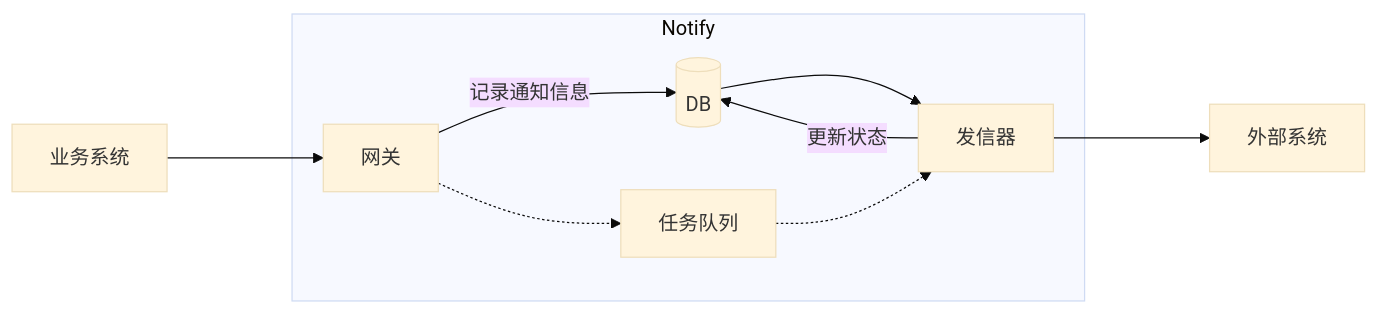
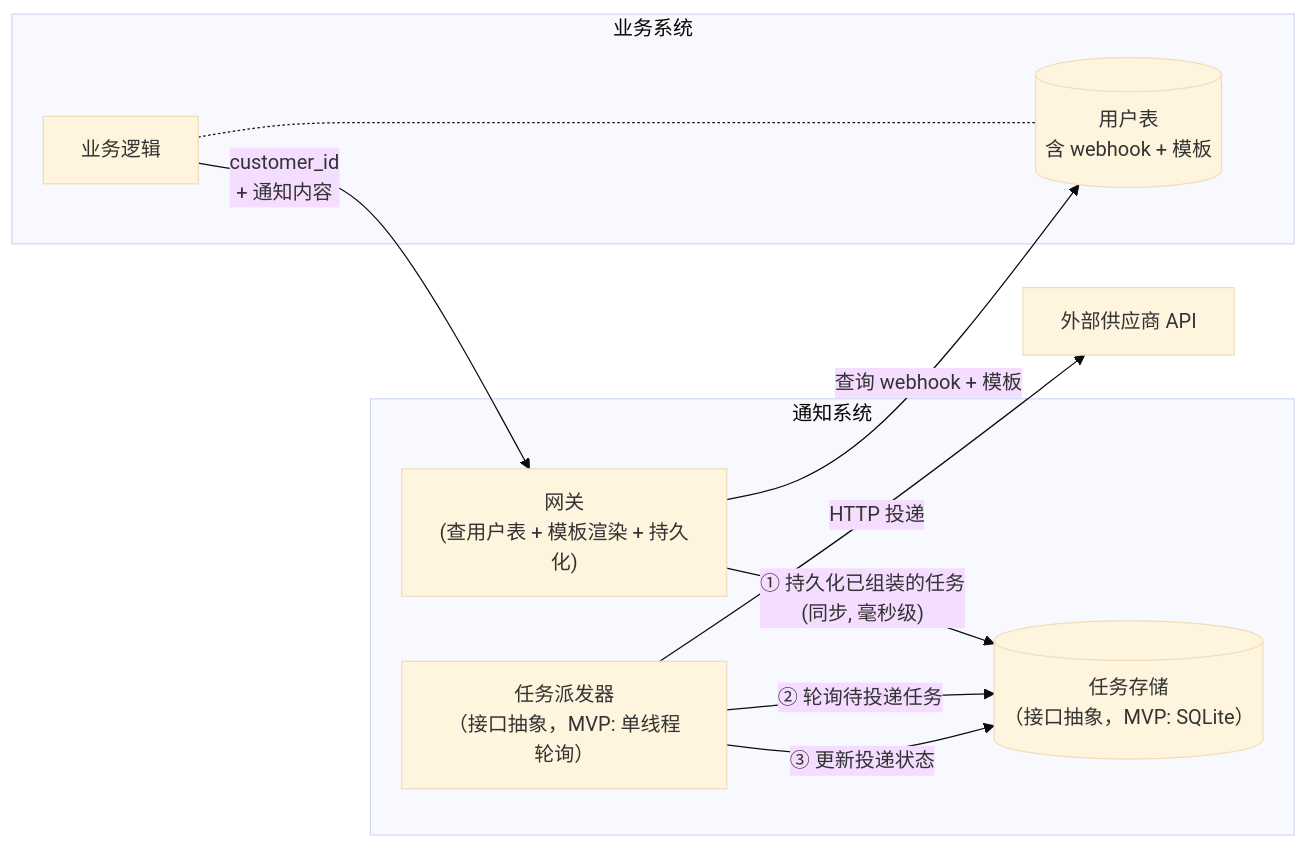
The second of 3 diagrams in README.md (iChant/rc_ichant), drawn with Mermaid (base theme) before and after one commit. The commit also changed other lines of this file and 14 other files, not shown here.

````diff
--- a/README.md
+++ b/README.md
@@ -27,17 +52,22 @@
 ```mermaid
 flowchart LR
-  subgraph Notify
-    Gateway[网关]
-    Queue[任务队列]
-    Sender[发信器]
-    DB@{ shape: db }
-    Gateway --> |记录通知信息| DB
-    DB --> Sender
-    Sender --> |更新状态| DB
-    Gateway -.-> Queue -.-> Sender
+  subgraph BizSystem[业务系统]
+    BizLogic[业务逻辑]
+    UserDB[(用户表\n含 webhook + 模板)]
+    BizLogic -.- UserDB
   end
-  Biz[业务系统]
-  External[外部系统]
-  Biz ---> Gateway
-  Sender ---> External
+
+  subgraph Notify[通知系统]
+    Gateway["网关\n(查用户表 + 模板渲染 + 持久化)"]
+    DB@{ shape: db, label: "任务存储\n（接口抽象，MVP: SQLite）" }
+    Dispatcher["任务派发器\n（接口抽象，MVP: 单线程轮询）"]
+
+    Gateway --> |"① 持久化已组装的任务\n(同步, 毫秒级)"| DB
+    Dispatcher --> |"② 轮询待投递任务"| DB
+    Dispatcher --> |"③ 更新投递状态"| DB
+  end
+
+  BizLogic --> |"customer_id\n+ 通知内容"| Gateway
+  Gateway --> |"查询 webhook + 模板"| UserDB
+  Dispatcher --> |"HTTP 投递"| External[外部供应商 API]
 ```
````
